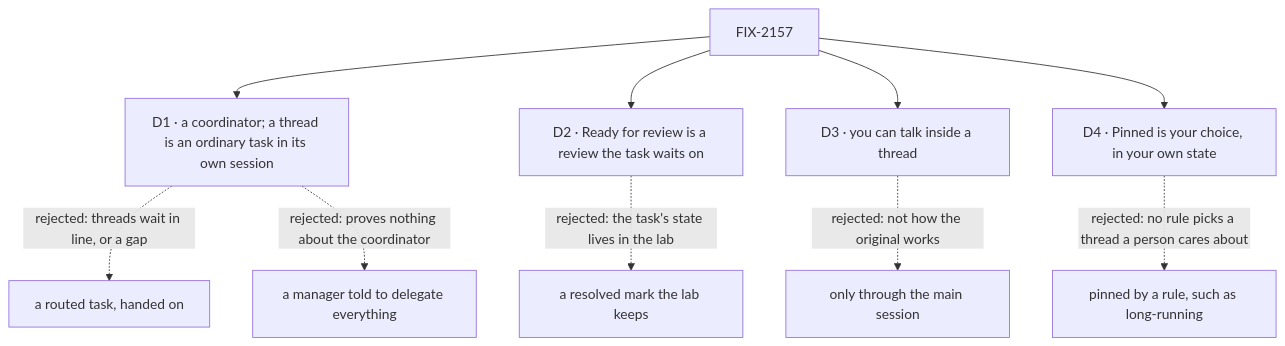
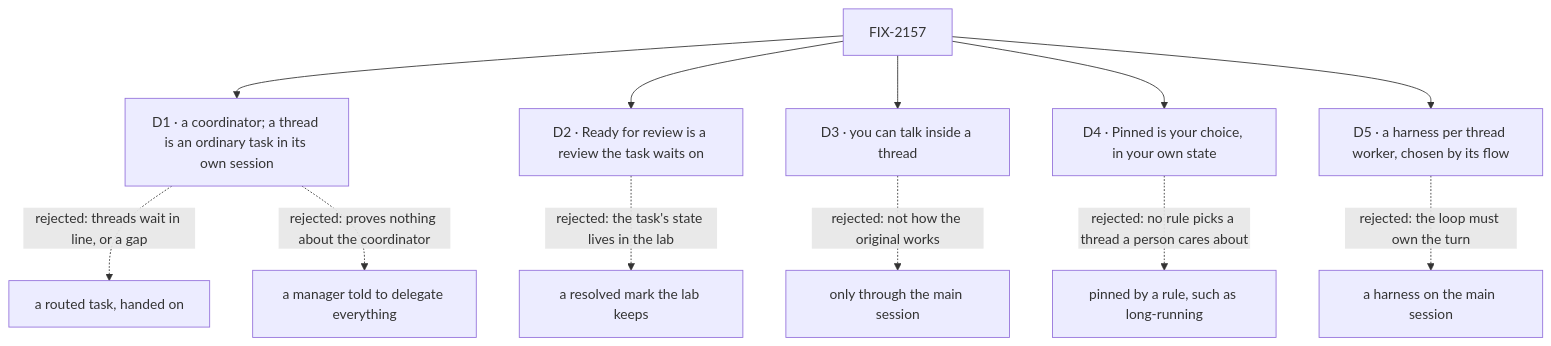
Before and after one commit to fixpoint-labs/flow-state-dev: the diagram in specs/issues/FIX-2157/DECISIONS.md, drawn with Mermaid. The commit also changed other lines of this file and 1 other file, not shown here.

First line of the commit message:
FIX-2157 spec: threads work in the session's project; harness threads (D5)

````diff
--- a/specs/issues/FIX-2157/DECISIONS.md
+++ b/specs/issues/FIX-2157/DECISIONS.md
@@ -13,12 +13,14 @@
 ```mermaid
 flowchart TD
   I["FIX-2157"] --> D1["D1 · a coordinator; a thread is an ordinary task in its own session"]
   D1 -.->|"rejected: threads wait in line, or a gap"| X1a["a routed task, handed on"]
   D1 -.->|"rejected: proves nothing about the coordinator"| X1b["a manager told to delegate everything"]
   I --> D2["D2 · Ready for review is a review the task waits on"]
   D2 -.->|"rejected: the task's state lives in the lab"| X2["a resolved mark the lab keeps"]
   I --> D3["D3 · you can talk inside a thread"]
   D3 -.->|"rejected: not how the original works"| X3["only through the main session"]
   I --> D4["D4 · Pinned is your choice, in your own state"]
   D4 -.->|"rejected: no rule picks a thread a person cares about"| X4["pinned by a rule, such as long-running"]
+  I --> D5["D5 · a harness per thread worker, chosen by its flow"]
+  D5 -.->|"rejected: the loop must own the turn"| X5["a harness on the main session"]
 ```
````
